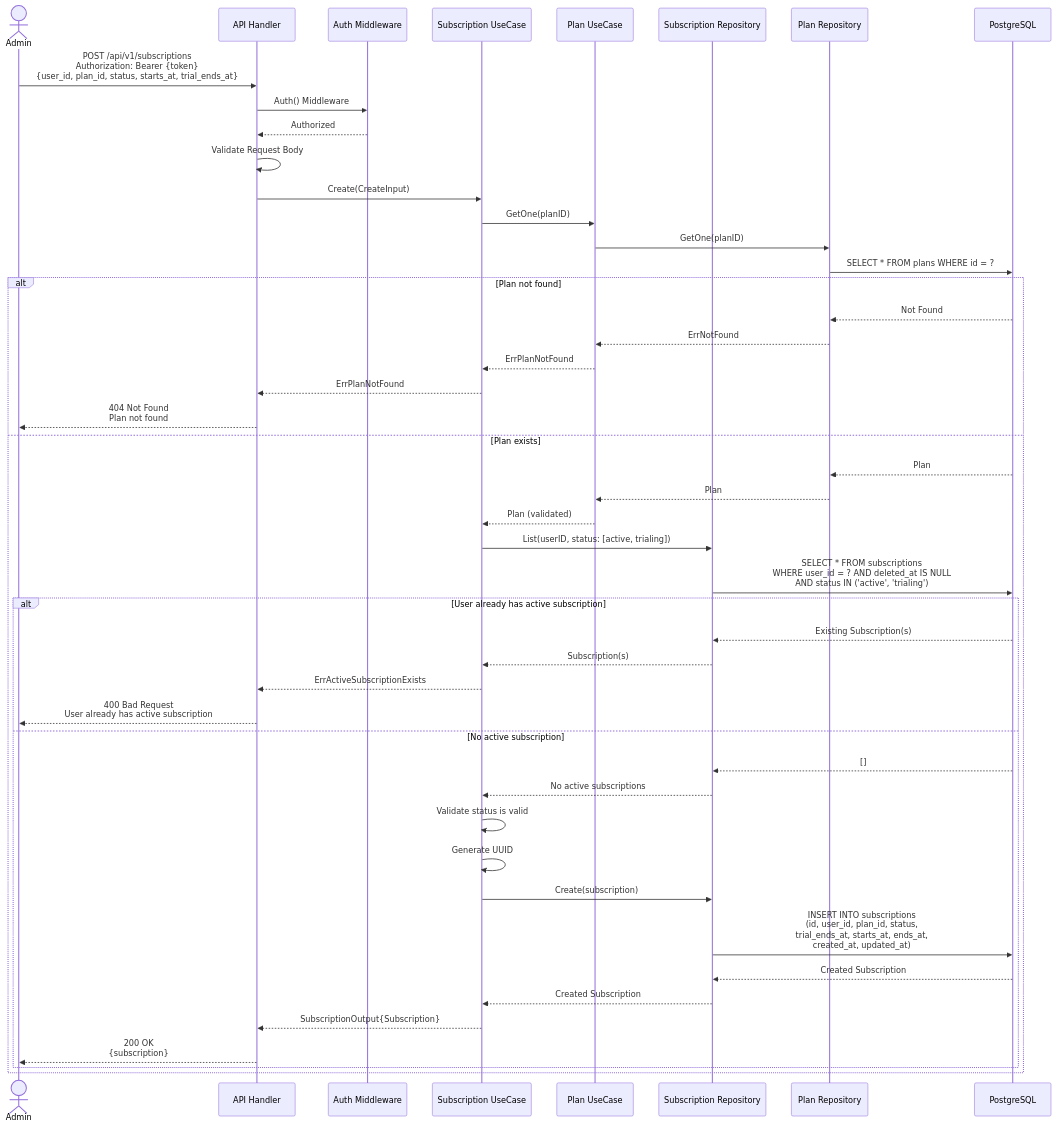
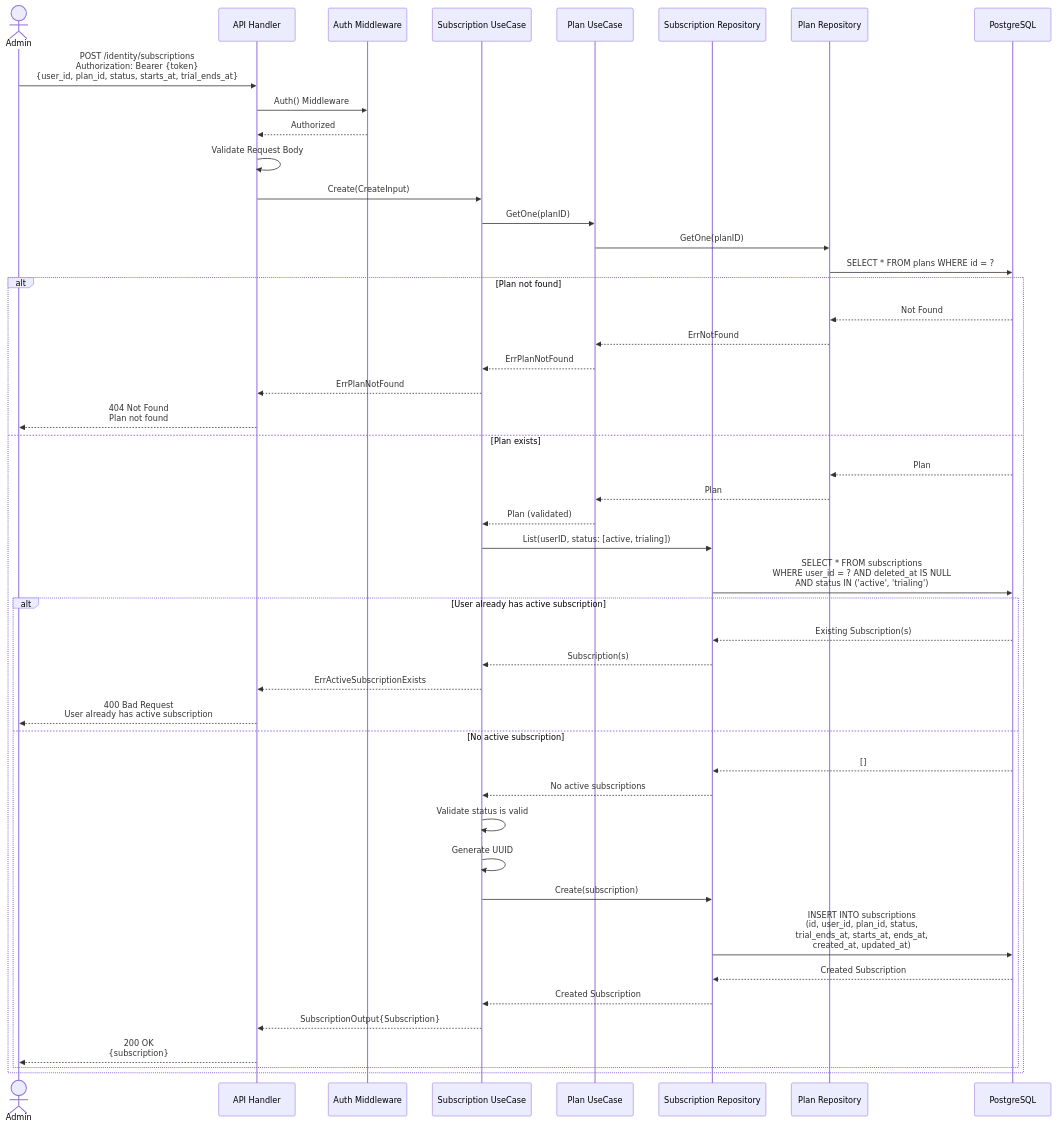
The ninth of 12 diagrams in identity/document/api_01_sequence_diagrams.md (smap-hcmut/identity-srv), drawn with Mermaid before and after one commit. The commit also changed other lines of this file and 37 other files, not shown here.

Commit message:
feat(identity): refactor API endpoints to use /identity base path; update documentation and handlers for authentication, plans, and subscriptions; implement role-based access control with user roles and password management features

````diff
--- a/identity/document/api_01_sequence_diagrams.md
+++ b/identity/document/api_01_sequence_diagrams.md
@@ -469,56 +469,56 @@
 ```mermaid
 sequenceDiagram
     actor Admin
     participant API as API Handler
     participant MW as Auth Middleware
     participant SubUC as Subscription UseCase
     participant PlanUC as Plan UseCase
     participant SubRepo as Subscription Repository
     participant PlanRepo as Plan Repository
     participant DB as PostgreSQL
 
-    Admin->>API: POST /api/v1/subscriptions<br/>Authorization: Bearer {token}<br/>{user_id, plan_id, status, starts_at, trial_ends_at}
+    Admin->>API: POST /identity/subscriptions<br/>Authorization: Bearer {token}<br/>{user_id, plan_id, status, starts_at, trial_ends_at}
     API->>MW: Auth() Middleware
     MW-->>API: Authorized
     
     API->>API: Validate Request Body
     API->>SubUC: Create(CreateInput)
     
     SubUC->>PlanUC: GetOne(planID)
     PlanUC->>PlanRepo: GetOne(planID)
     PlanRepo->>DB: SELECT * FROM plans WHERE id = ?
     
     alt Plan not found
         DB-->>PlanRepo: Not Found
         PlanRepo-->>PlanUC: ErrNotFound
         PlanUC-->>SubUC: ErrPlanNotFound
         SubUC-->>API: ErrPlanNotFound
         API-->>Admin: 404 Not Found<br/>Plan not found
     else Plan exists
         DB-->>PlanRepo: Plan
         PlanRepo-->>PlanUC: Plan
         PlanUC-->>SubUC: Plan (validated)
         
         SubUC->>SubRepo: List(userID, status: [active, trialing])
         SubRepo->>DB: SELECT * FROM subscriptions<br/>WHERE user_id = ? AND deleted_at IS NULL<br/>AND status IN ('active', 'trialing')
         
         alt User already has active subscription
             DB-->>SubRepo: Existing Subscription(s)
             SubRepo-->>SubUC: Subscription(s)
             SubUC-->>API: ErrActiveSubscriptionExists
             API-->>Admin: 400 Bad Request<br/>User already has active subscription
         else No active subscription
             DB-->>SubRepo: []
             SubRepo-->>SubUC: No active subscriptions
             
             SubUC->>SubUC: Validate status is valid
             SubUC->>SubUC: Generate UUID
             SubUC->>SubRepo: Create(subscription)
             SubRepo->>DB: INSERT INTO subscriptions<br/>(id, user_id, plan_id, status,<br/>trial_ends_at, starts_at, ends_at,<br/>created_at, updated_at)
             DB-->>SubRepo: Created Subscription
             SubRepo-->>SubUC: Created Subscription
             SubUC-->>API: SubscriptionOutput{Subscription}
             API-->>Admin: 200 OK<br/>{subscription}
         end
     end
 ```
````
